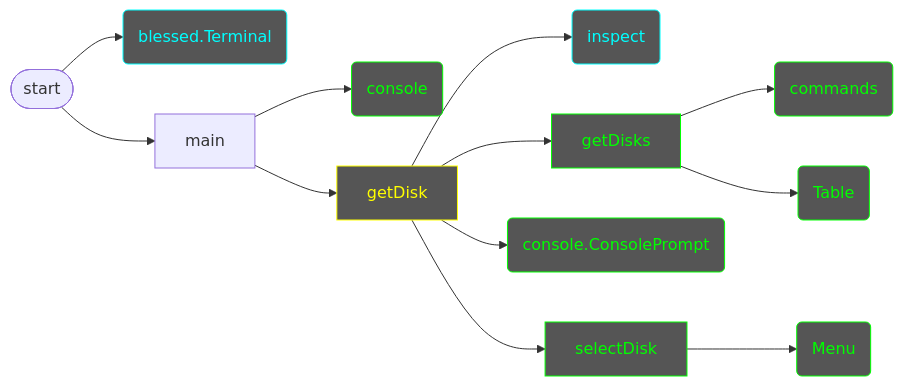
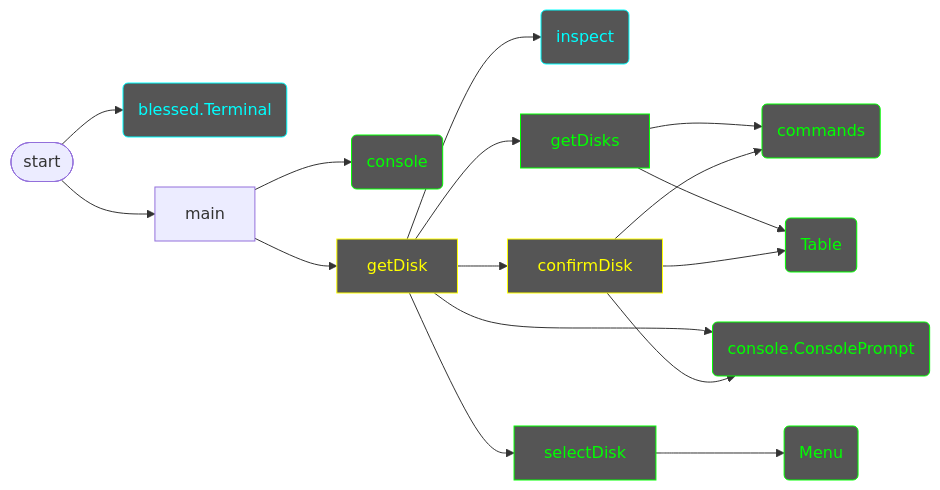
The diagram in scripts/get_disk/design.md (7s4e/p3), drawn with Mermaid before and after one commit. The commit also changed 1 other file, not shown here.

Commit message:
stub confirmDisk

````diff
--- a/scripts/get_disk/design.md
+++ b/scripts/get_disk/design.md
@@ -2,29 +2,38 @@
 ```mermaid
 flowchart LR
     classDef complete color:#0f0,stroke:#0f0,fill:#555
     classDef working color:#ff0,stroke:#ff0,fill:#555
     classDef library color:#0ff,stroke:#0ff,fill:#555
+
+    %% Structure
     IF([start])
         IF --> TRM
         IF --> MAIN
-    TRM(blessed.Terminal):::library
     MAIN[main]
         MAIN --> CON
         MAIN --> GD
-    CON(console):::complete
     GD[getDisk]:::working
         GD --> INSP
         GD --> GDS
         GD --> CCP
         GD --> SD
-    INSP(inspect):::library
+        GD --> CD
     GDS[getDisks]:::complete
         GDS --> CMD
         GDS --> TBL
-    CCP(console.ConsolePrompt):::complete
     SD[selectDisk]:::complete
         SD --> MNU
+    CD[confirmDisk]:::working
+        CD --> CMD
+        CD --> TBL
+        CD --> CCP
+
+    %% Modules
+    TRM(blessed.Terminal):::library
+    INSP(inspect):::library
+    CON(console):::complete
     CMD(commands):::complete
     TBL(Table):::complete
+    CCP(console.ConsolePrompt):::complete
     MNU(Menu):::complete
 ```
````
